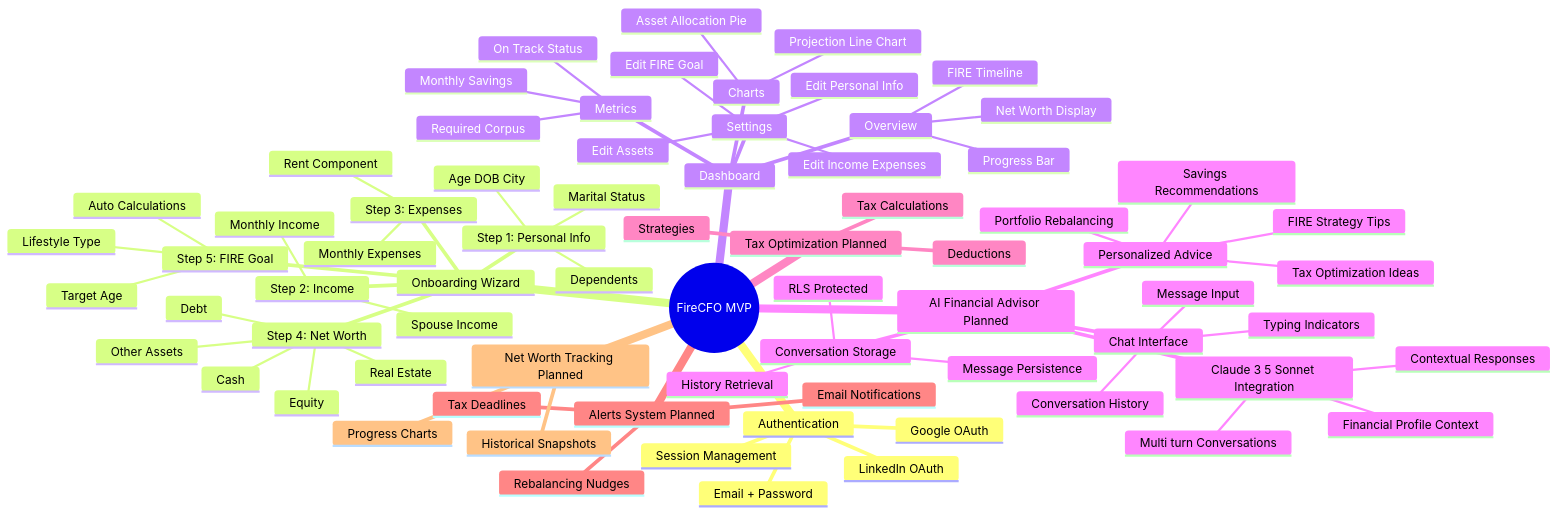
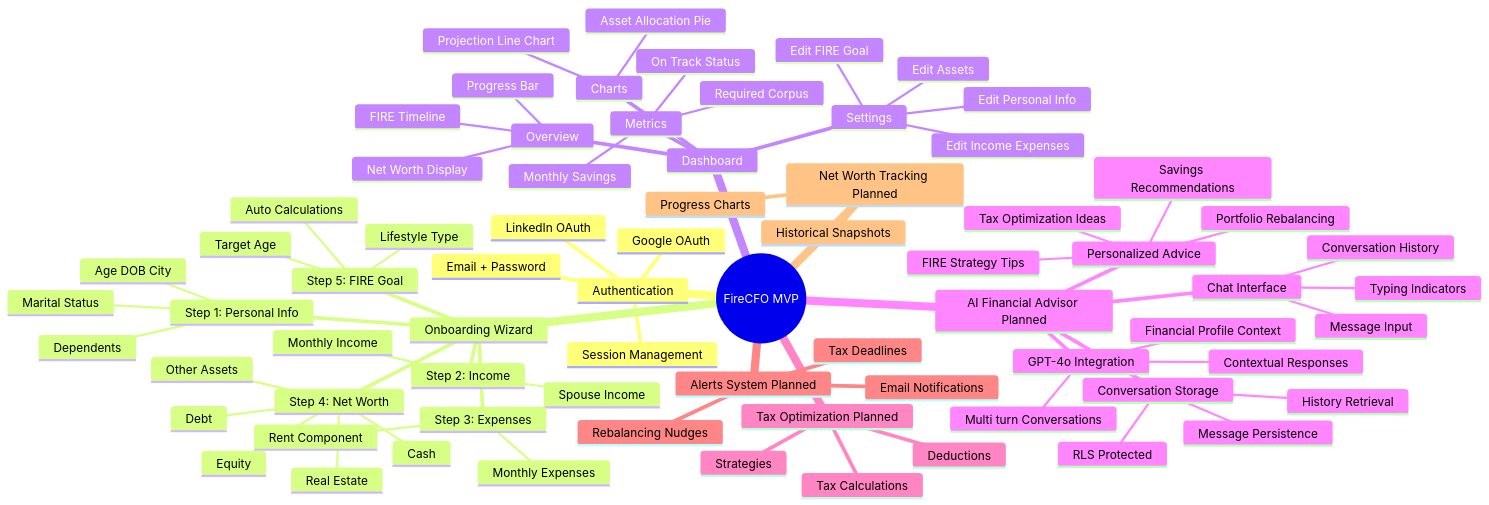
Before and after one commit to sjtinkerer-stack/firecfo-mvp: the ninth of 11 diagrams in docs/system-architecture-diagram.md, drawn with Mermaid. The commit also changed other lines of this file, not shown here.

First line of the commit message:
CORRECTION: Update architecture to use OpenAI API instead of Anthropic (v3.0)

````diff
--- a/docs/system-architecture-diagram.md
+++ b/docs/system-architecture-diagram.md
@@ -526,76 +526,76 @@
 ```mermaid
 mindmap
   root((FireCFO MVP))
     Authentication
       Email + Password
       Google OAuth
       LinkedIn OAuth
       Session Management
     Onboarding Wizard
       Step 1: Personal Info
         Age DOB City
         Marital Status
         Dependents
       Step 2: Income
         Monthly Income
         Spouse Income
       Step 3: Expenses
         Monthly Expenses
         Rent Component
       Step 4: Net Worth
         Equity
         Debt
         Cash
         Real Estate
         Other Assets
       Step 5: FIRE Goal
         Target Age
         Lifestyle Type
         Auto Calculations
     Dashboard
       Overview
         Progress Bar
         FIRE Timeline
         Net Worth Display
       Metrics
         Required Corpus
         Monthly Savings
         On Track Status
       Charts
         Asset Allocation Pie
         Projection Line Chart
       Settings
         Edit Personal Info
         Edit Income Expenses
         Edit Assets
         Edit FIRE Goal
     AI Financial Advisor Planned
       Chat Interface
         Message Input
         Conversation History
         Typing Indicators
-      Claude 3 5 Sonnet Integration
+      GPT-4o Integration
         Contextual Responses
         Financial Profile Context
         Multi turn Conversations
       Personalized Advice
         FIRE Strategy Tips
         Portfolio Rebalancing
         Tax Optimization Ideas
         Savings Recommendations
       Conversation Storage
         Message Persistence
         History Retrieval
         RLS Protected
     Tax Optimization Planned
       Tax Calculations
       Deductions
       Strategies
     Alerts System Planned
       Email Notifications
       Tax Deadlines
       Rebalancing Nudges
     Net Worth Tracking Planned
       Historical Snapshots
       Progress Charts
 ```
````
